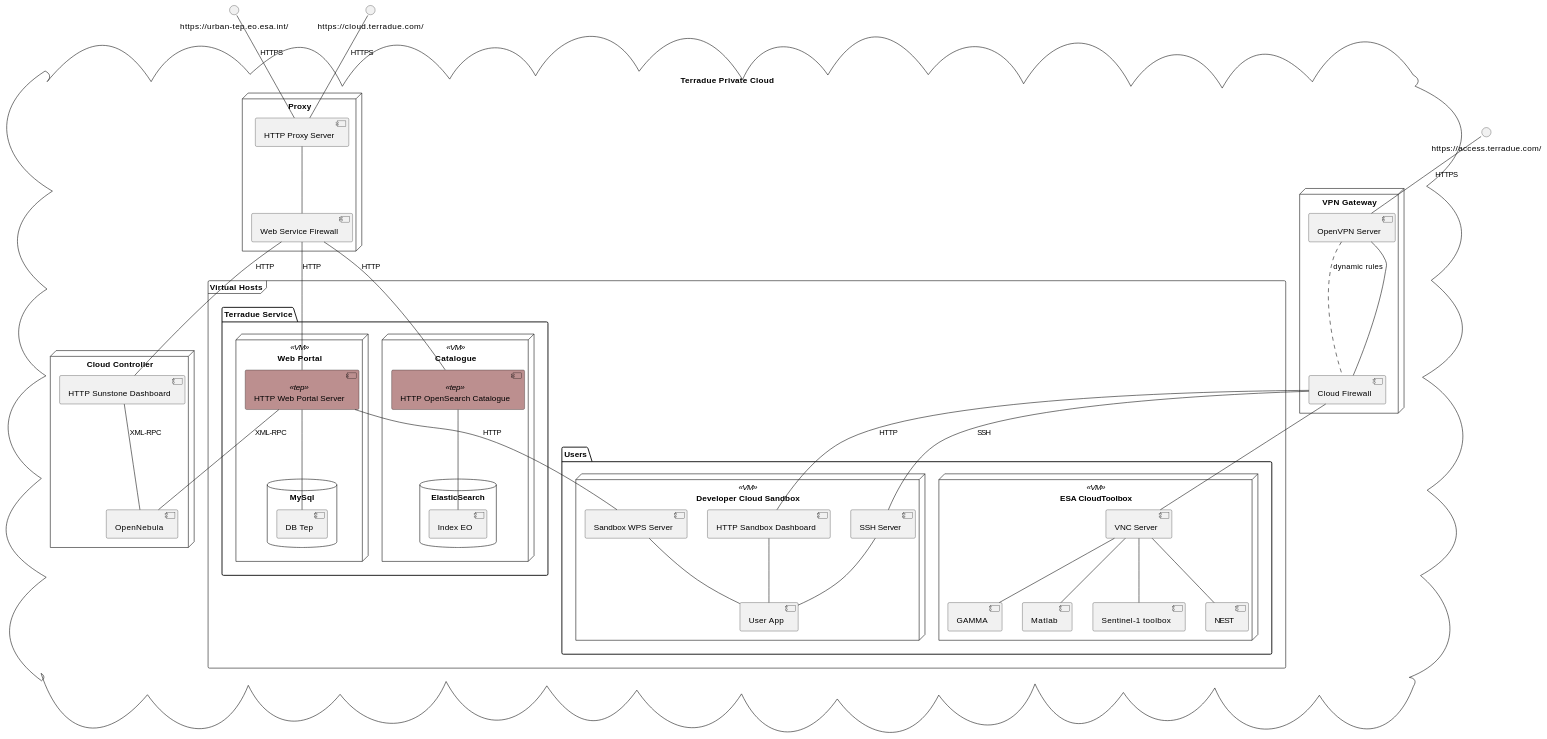
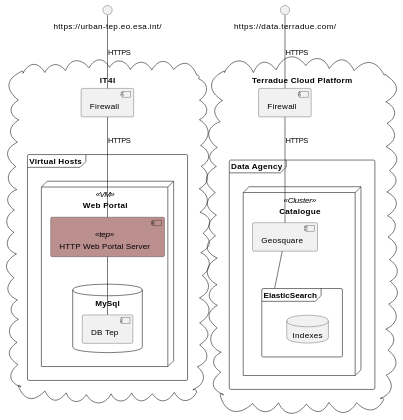
Before and after one commit to urban-tep/DDF-SDD: the diagram in source/deployment/nodes.rst, drawn with PlantUML. The commit also changed 8 other files, not shown here.

```diff
--- a/source/deployment/nodes.rst
+++ b/source/deployment/nodes.rst
@@ -4,79 +4,46 @@
 .. uml::
 
 	skinparam component {
 	    BackgroundColor<<tep>> RosyBrown
 	    BorderColor<<tep>> black
 	}
 
-	cloud "Terradue Private Cloud" {
+	cloud "Terradue Cloud Platform" {
+		
+		[Firewall] as t2fw
 
-		node "Proxy" {
-			[HTTP Proxy Server] -- [Web Service Firewall]
-		}
+		frame "Data Agency" {
 
-		node "VPN Gateway" {
-			[OpenVPN Server] .. [Cloud Firewall] : dynamic rules
-			[OpenVPN Server] -- [Cloud Firewall]
-		}
+				node "Catalogue" << Cluster >> {
+				  frame "ElasticSearch" {
+				  	database "Indexes"
+				  }
+				  [Geosquare] -- ElasticSearch
+				}
+				}
 
-		node "Cloud Controller" {
-		  [HTTP Sunstone Dashboard] -- [OpenNebula] : XML-RPC
-		} 
+		t2fw -- [Geosquare] : HTTPS
 
+	}
+
+	cloud "IT4I" {
 		
+		[Firewall] as it4ifw
 
 		frame "Virtual Hosts" {
-
-			package "Terradue Service" {
 
 				node "Web Portal" << VM >> {
 				  [HTTP Web Portal Server] << tep >> 
 				  database "MySql" {
 				  	[DB Tep]
 				  }
 				  [HTTP Web Portal Server] -- [DB Tep]
-				} 
-
-				node "Catalogue" << VM >> {
-				  [HTTP OpenSearch Catalogue] << tep >> 
-				  database "ElasticSearch" {
-				  	[Index EO]
-				  }
-				  [HTTP OpenSearch Catalogue] -- [Index EO]
 				}
-
-			}
-
-			package "Users" {
-				node "Developer Cloud Sandbox" << VM >> {
-				  	[HTTP Sandbox Dashboard] -- [User App]
-				  	[Sandbox WPS Server] -- [User App]
-				  	[SSH Server] -- [User App]
-				}
-
-				node "ESA CloudToolbox" << VM >> {
-					[VNC Server] -- [Sentinel-1 toolbox]
-					[VNC Server] -- [NEST]
-					[VNC Server] -- [GAMMA]
-					[VNC Server] -- [Matlab]
-
-				}
-			}
 			
 		}
 
-		[HTTP Web Portal Server] -- [Sandbox WPS Server] : HTTP
-		[HTTP Web Portal Server] -- [OpenNebula] : XML-RPC
-
-		[Web Service Firewall] -- [HTTP Web Portal Server] : HTTP
-		[Web Service Firewall] -- [HTTP OpenSearch Catalogue] : HTTP
-		[Web Service Firewall] -- [HTTP Sunstone Dashboard] : HTTP
-
-		[Cloud Firewall] -- [VNC Server]
-		[Cloud Firewall] -- [SSH Server] : SSH
-		[Cloud Firewall] -- [HTTP Sandbox Dashboard] : HTTP
+		it4ifw -- [HTTP Web Portal Server] : HTTPS
 	}
 
-	() "https://urban-tep.eo.esa.int/" -- [HTTP Proxy Server] : HTTPS
-	() "https://access.terradue.com/" -- [OpenVPN Server] : HTTPS
-	() "https://cloud.terradue.com/" -- [HTTP Proxy Server] : HTTPS
+	() "https://urban-tep.eo.esa.int/" -- it4ifw : HTTPS
+	() "https://data.terradue.com/" -- t2fw : HTTPS
```
